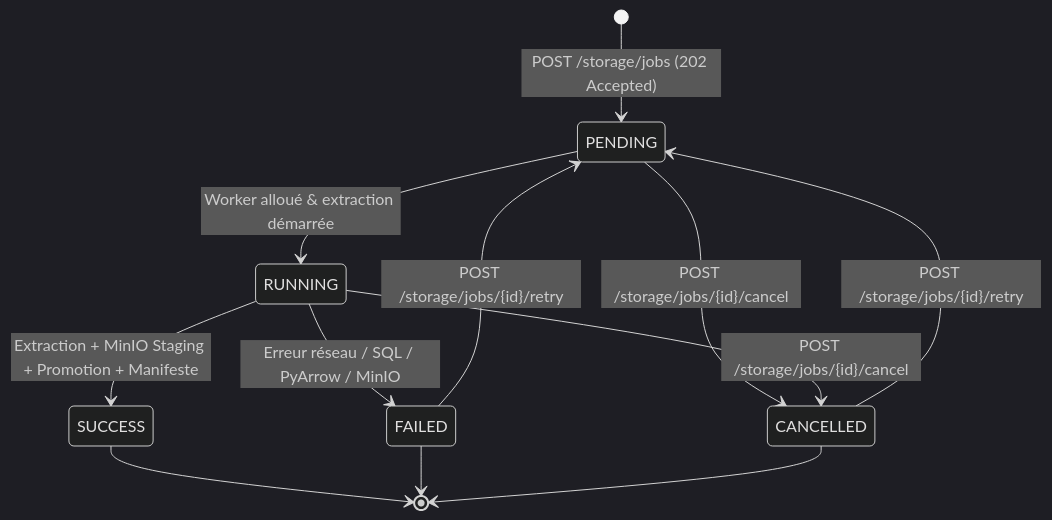
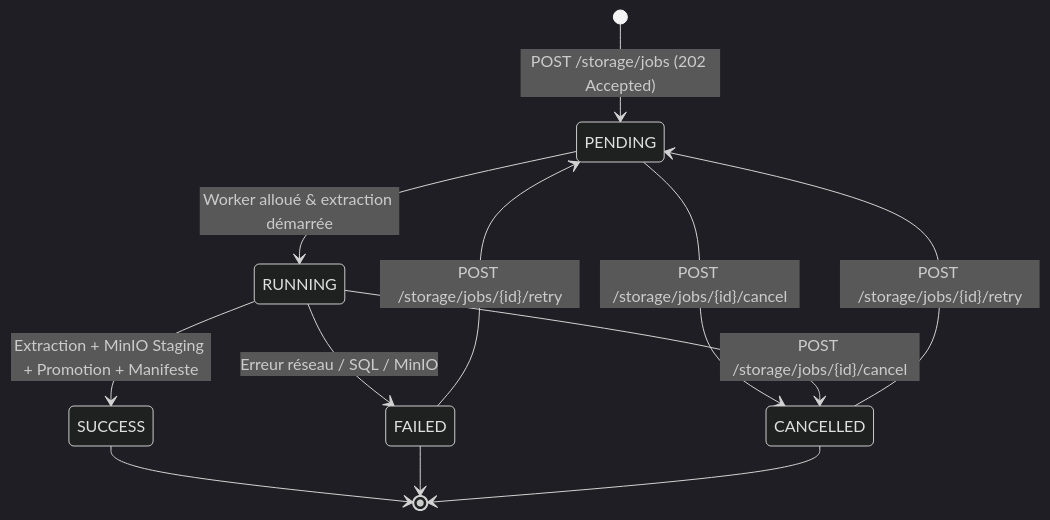
The diagram in docs/api_examples.md (wisescream/Data-m2-project), drawn with Mermaid (dark theme) before and after one commit. The commit also changed other lines of this file and 3 other files, not shown here.

Commit message:
docs: update README, architecture, api_examples, and add data sources guide

````diff
--- a/docs/api_examples.md
+++ b/docs/api_examples.md
@@ -13,14 +12,14 @@
 ```mermaid
 stateDiagram-v2
     [*] --> PENDING : POST /storage/jobs (202 Accepted)
     PENDING --> RUNNING : Worker alloué & extraction démarrée
     RUNNING --> SUCCESS : Extraction + MinIO Staging + Promotion + Manifeste
-    RUNNING --> FAILED : Erreur réseau / SQL / PyArrow / MinIO
+    RUNNING --> FAILED : Erreur réseau / SQL / MinIO
     PENDING --> CANCELLED : POST /storage/jobs/{id}/cancel
     RUNNING --> CANCELLED : POST /storage/jobs/{id}/cancel
     FAILED --> PENDING : POST /storage/jobs/{id}/retry
     CANCELLED --> PENDING : POST /storage/jobs/{id}/retry
     SUCCESS --> [*]
     FAILED --> [*]
     CANCELLED --> [*]
 ```
````
